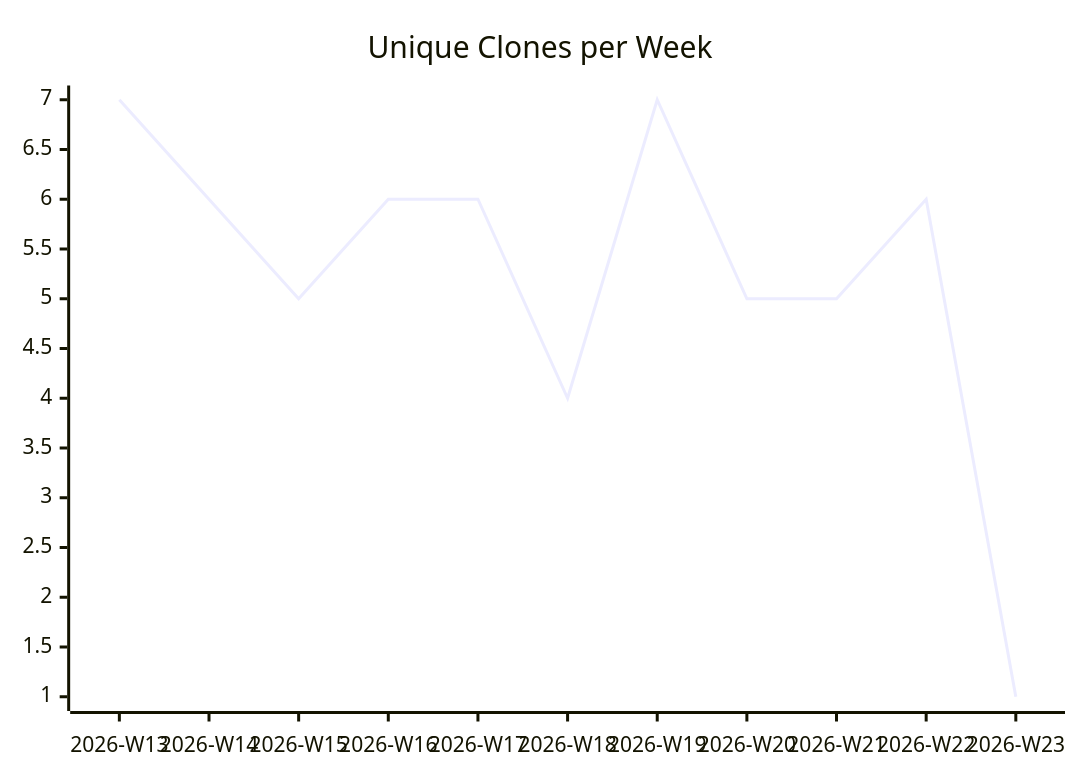
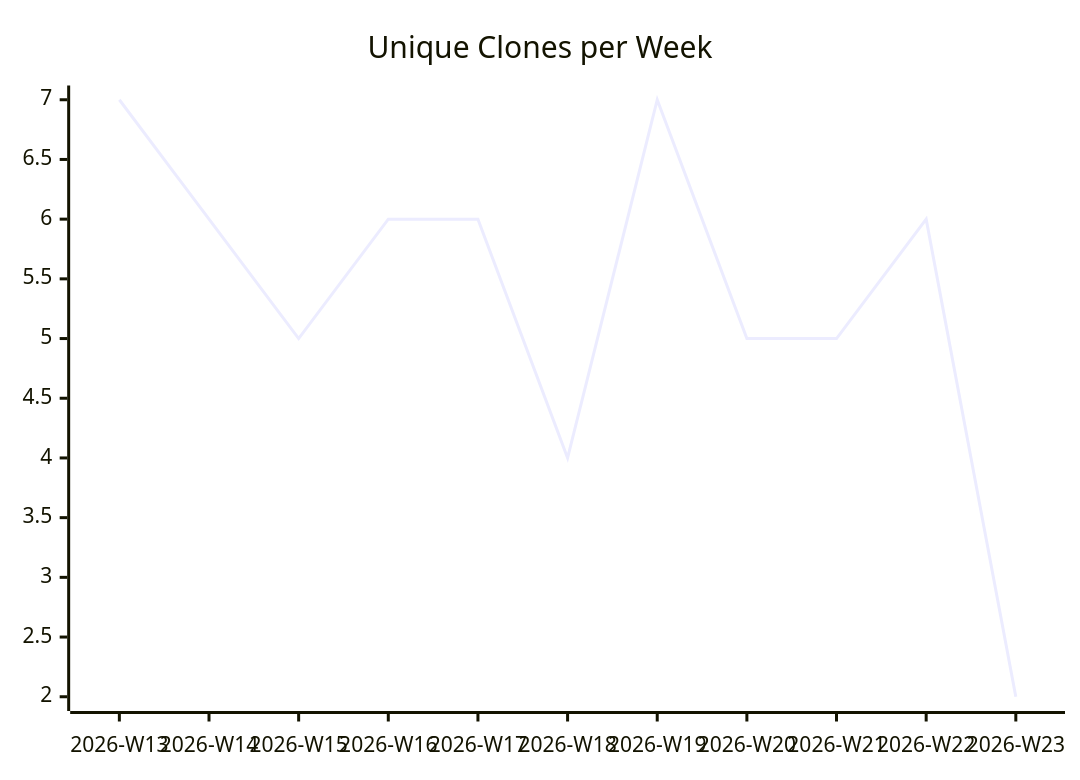
The third of 3 diagrams in karlmdavis/lego-ev3dev-rs/README.md (justdavis-family/github-analytics-data), drawn with Mermaid before and after one commit. The commit also changed other lines of this file and 189 other files, not shown here.

````diff
--- a/karlmdavis/lego-ev3dev-rs/README.md
+++ b/karlmdavis/lego-ev3dev-rs/README.md
@@ -19,6 +19,6 @@
 ```mermaid
 xychart-beta
   title "Unique Clones per Week"
   x-axis ["2026-W13", "2026-W14", "2026-W15", "2026-W16", "2026-W17", "2026-W18", "2026-W19", "2026-W20", "2026-W21", "2026-W22", "2026-W23"]
-  line [7, 6, 5, 6, 6, 4, 7, 5, 5, 6, 1]
+  line [7, 6, 5, 6, 6, 4, 7, 5, 5, 6, 2]
 ```
````
